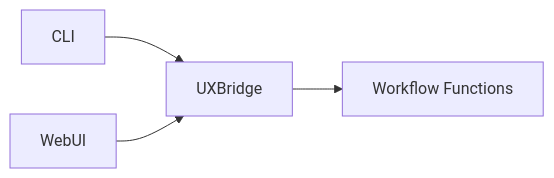
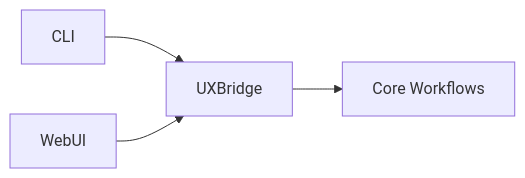
The second of 2 diagrams in docs/architecture/overview.md (ravenoak/devsynth), drawn with Mermaid before and after one commit. The commit also changed other lines of this file and 9 other files, not shown here.

Commit message:
refactor: extract workflows and add UX bridge

````diff
--- a/docs/architecture/overview.md
+++ b/docs/architecture/overview.md
@@ -60,6 +60,6 @@
 ```mermaid
 graph LR
     CLI --> Bridge[UXBridge]
     WebUI --> Bridge
-    Bridge --> Core[Workflow Functions]
+    Bridge --> Core[Core Workflows]
 ```
````
